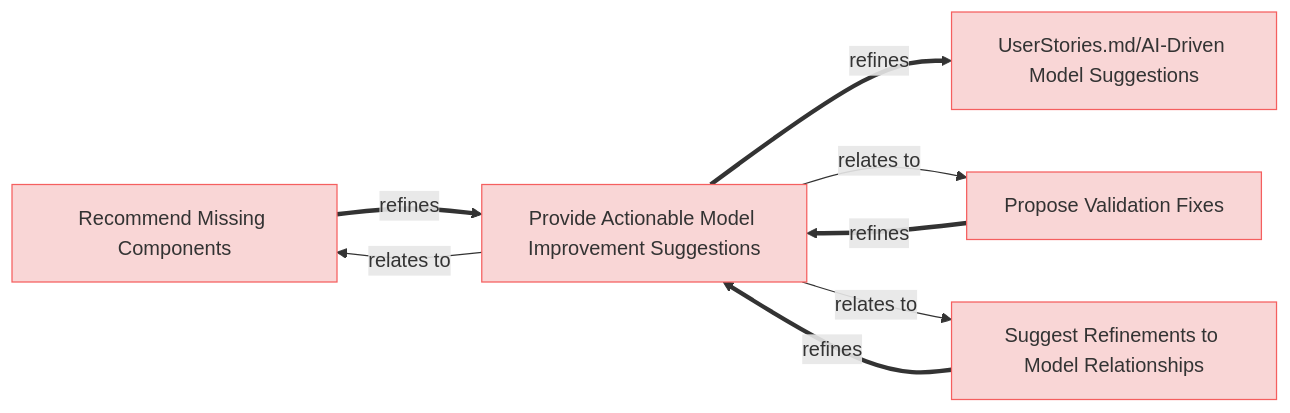
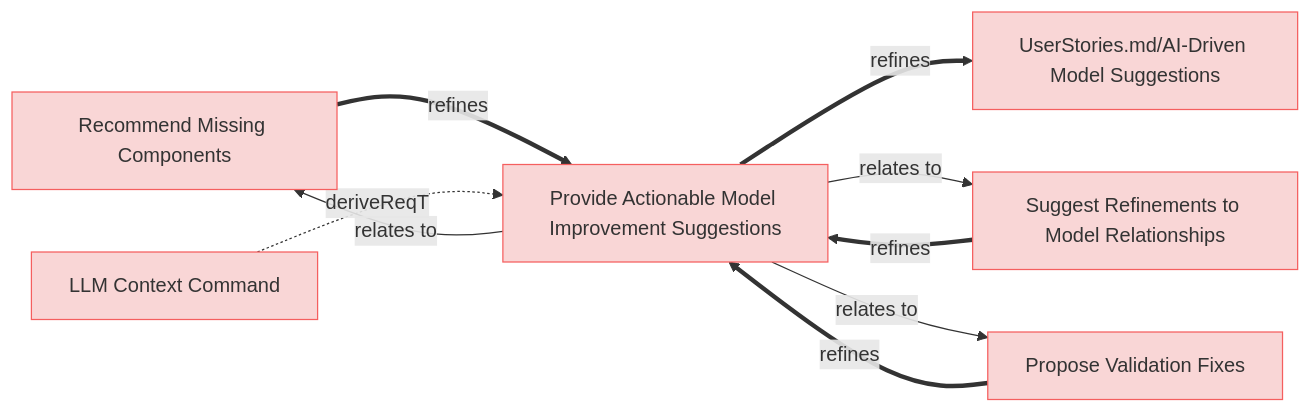
One commit to reqvire-org/reqvire changed the sixth of 10 diagrams in specifications/UserRequirements.md. Above: the diagram before and after it, drawn with Mermaid. The commit also changed other lines of this file and 11 other files, not shown here.

````diff
--- a/specifications/UserRequirements.md
+++ b/specifications/UserRequirements.md
@@ -507,31 +495,35 @@
 ```mermaid
 graph LR;
   %% Graph styling
   classDef requirement fill:#f9d6d6,stroke:#f55f5f,stroke-width:1px;
   classDef verification fill:#d6f9d6,stroke:#5fd75f,stroke-width:1px;
   classDef externalLink fill:#d0e0ff,stroke:#3080ff,stroke-width:1px;
   classDef default fill:#f5f5f5,stroke:#333333,stroke-width:1px;
 
   a8f00c5619["Recommend Missing Components"];
   click a8f00c5619 "UserRequirements.md#recommend-missing-components";
   class a8f00c5619 requirement;
   ec56dd665a["Provide Actionable Model Improvement Suggestions"];
   class ec56dd665a requirement;
   click ec56dd665a "UserRequirements.md#provide-actionable-model-improvement-suggestions";
   a8f00c5619 ==>|refines| ec56dd665a;
+  72e13dc549["Suggest Refinements to Model Relationships"];
+  click 72e13dc549 "UserRequirements.md#suggest-refinements-to-model-relationships";
+  class 72e13dc549 requirement;
+  72e13dc549 ==>|refines| ec56dd665a;
   6912d98267["UserStories.md/AI-Driven Model Suggestions"];
   class 6912d98267 requirement;
   click 6912d98267 "UserStories.md#ai-driven-model-suggestions";
   ec56dd665a ==>|refines| 6912d98267;
   ec56dd665a -->|relates to| a8f00c5619;
+  ec56dd665a -->|relates to| 72e13dc549;
+  8ba9c7e059["LLM Context Command"];
+  class 8ba9c7e059 requirement;
+  click 8ba9c7e059 "SystemRequirements/Requirements.md#llm-context-command";
+  8ba9c7e059 -.->|deriveReqT| ec56dd665a;
   44c87c93a4["Propose Validation Fixes"];
   class 44c87c93a4 requirement;
   click 44c87c93a4 "UserRequirements.md#propose-validation-fixes";
   ec56dd665a -->|relates to| 44c87c93a4;
-  72e13dc549["Suggest Refinements to Model Relationships"];
-  class 72e13dc549 requirement;
-  click 72e13dc549 "UserRequirements.md#suggest-refinements-to-model-relationships";
-  ec56dd665a -->|relates to| 72e13dc549;
   44c87c93a4 ==>|refines| ec56dd665a;
-  72e13dc549 ==>|refines| ec56dd665a;
 ```
````
